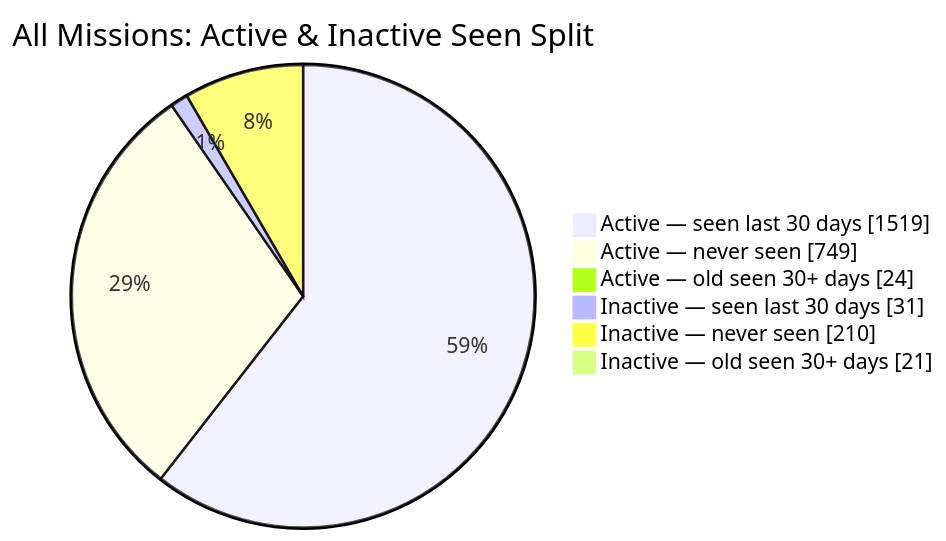
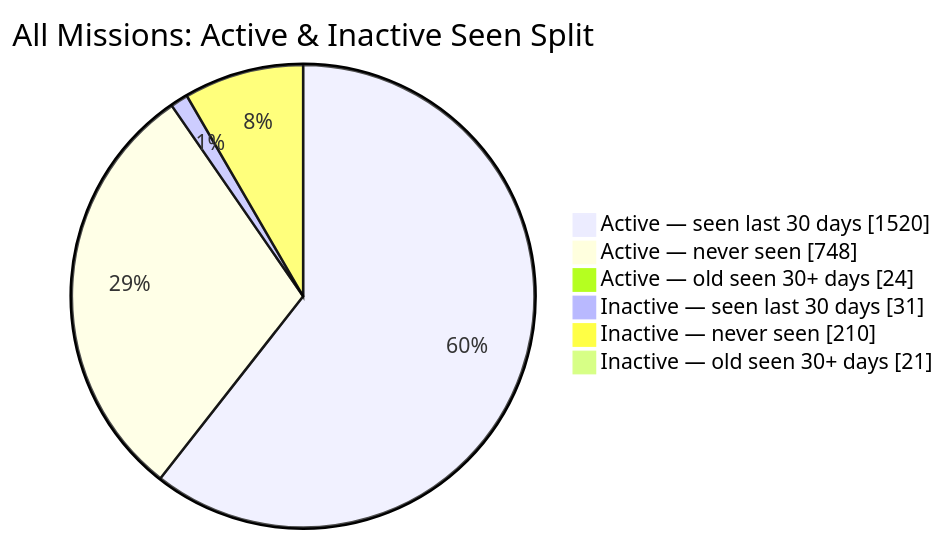
Before and after one commit to MeldkamerspelGameTeam/active-missions: the second of 2 diagrams in README.md, drawn with Mermaid. The commit also changed other lines of this file and 2 other files, not shown here.

````diff
--- a/README.md
+++ b/README.md
@@ -44,10 +44,10 @@
 ```mermaid
 pie showData
     title All Missions: Active & Inactive Seen Split
-    "Active — seen last 30 days" : 1519
-    "Active — never seen" : 749
+    "Active — seen last 30 days" : 1520
+    "Active — never seen" : 748
     "Active — old seen 30+ days" : 24
     "Inactive — seen last 30 days" : 31
     "Inactive — never seen" : 210
     "Inactive — old seen 30+ days" : 21
 ```
````
